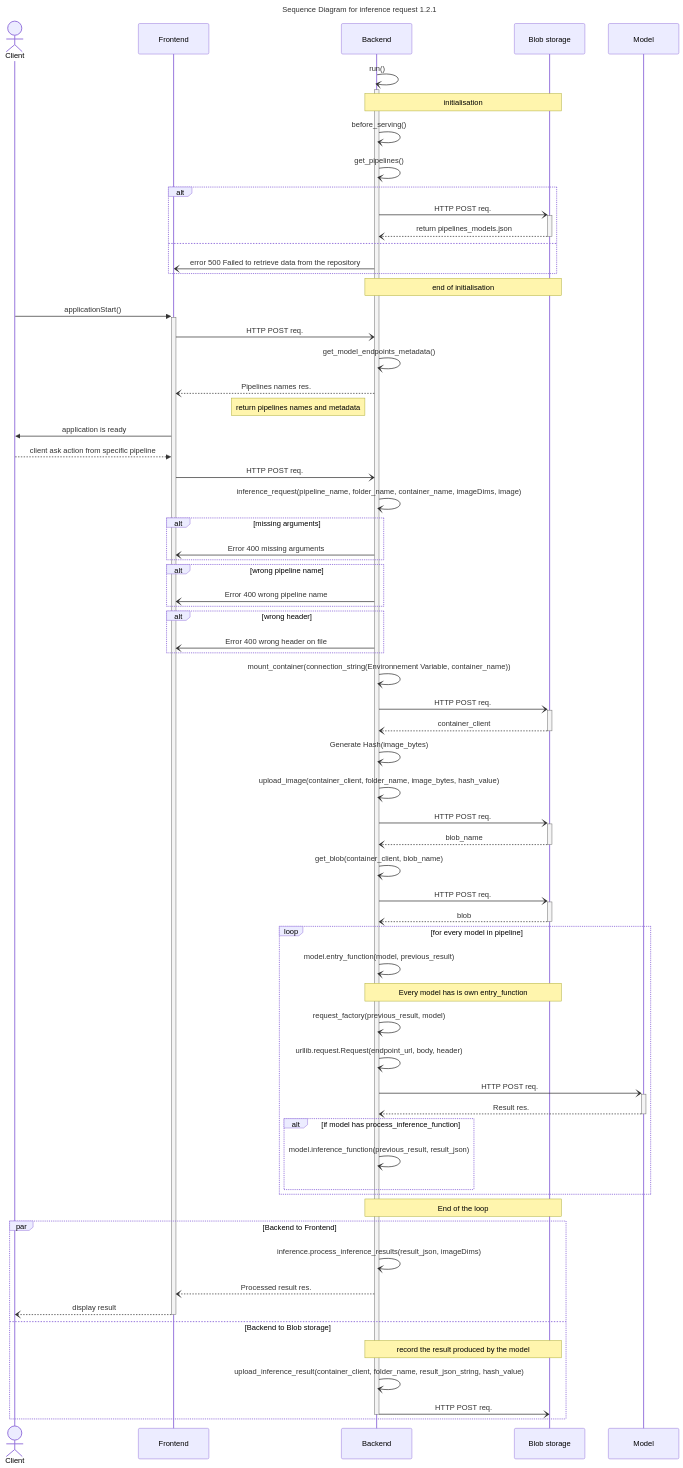
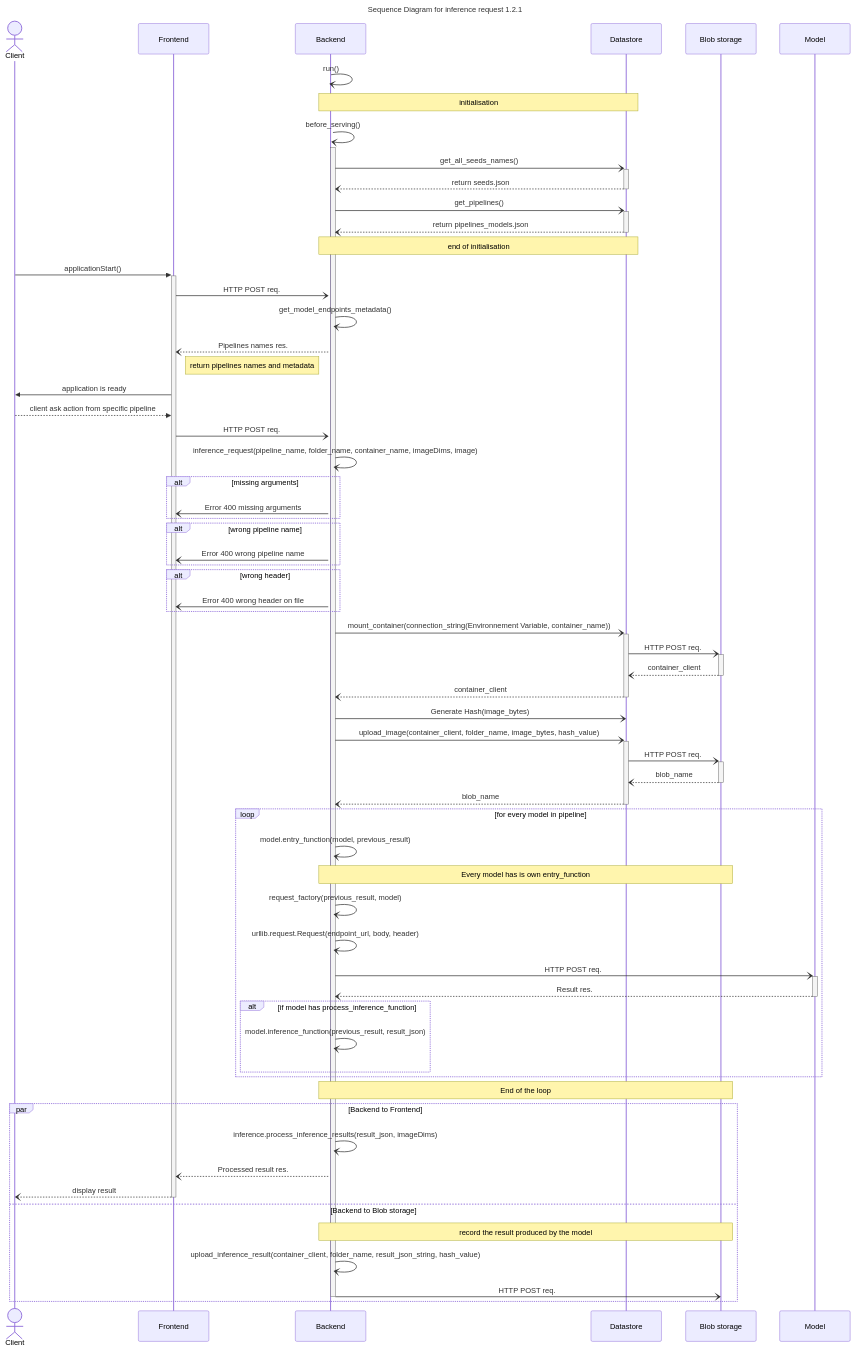
Before and after one commit to ai-cfia/nachet-backend: the second of 2 diagrams in docs/nachet-inference-documentation.md, drawn with Mermaid. The commit also changed 2 other files, not shown here.

Commit message:
Fixes #85 update doc

````diff
--- a/docs/nachet-inference-documentation.md
+++ b/docs/nachet-inference-documentation.md
@@ -62,77 +62,74 @@
 ```mermaid
 sequenceDiagram
   title: Sequence Diagram for inference request 1.2.1
     actor Client
     participant Frontend
     participant Backend
+    participant Datastore
     participant Blob storage
     participant Model
 
     Backend-)+Backend: run()
-    Note over Backend,Blob storage: initialisation
-    Backend-)Backend: before_serving()
-    Backend-)Backend: get_pipelines()
-    alt
-    Backend-)+Blob storage: HTTP POST req.
-    Blob storage--)-Backend: return pipelines_models.json
-    else
-    Backend-)Frontend: error 500 Failed to retrieve data from the repository
-    end
-    Note over Backend,Blob storage: end of initialisation
+    Note over Backend,Datastore: initialisation
+    Backend-)+Backend: before_serving()
+    Backend-)+Datastore: get_all_seeds_names()
+    Datastore--)-Backend: return seeds.json
+    Backend-)+Datastore: get_pipelines()
+    Datastore--)-Backend: return pipelines_models.json
+
+    Note over Backend,Datastore: end of initialisation
 
     Client->>+Frontend: applicationStart()
     Frontend-)Backend: HTTP POST req.
     Backend-)Backend: get_model_endpoints_metadata()
     Backend--)Frontend: Pipelines names res.
     Note left of Backend: return pipelines names and metadata
 
     Frontend->>Client: application is ready
     Client-->>Frontend: client ask action from specific pipeline
     Frontend-)Backend: HTTP POST req.
     Backend-)Backend: inference_request(pipeline_name, folder_name, container_name, imageDims, image)
     alt missing arguments
     Backend-)Frontend: Error 400 missing arguments
     end
     alt wrong pipeline name
     Backend-)Frontend: Error 400 wrong pipeline name
     end
     alt wrong header
     Backend-)Frontend: Error 400 wrong header on file
     end
 
-    Backend-)Backend: mount_container(connection_string(Environnement Variable, container_name))
-    Backend-)+Blob storage: HTTP POST req.
-    Blob storage--)-Backend: container_client
+    Backend-)+Datastore: mount_container(connection_string(Environnement Variable, container_name))
+    Datastore-)+Blob storage: HTTP POST req.
+    Blob storage--)-Datastore: container_client
+    Datastore--)-Backend: container_client
 
-    Backend-)Backend: Generate Hash(image_bytes)
+    Backend-)Datastore: Generate Hash(image_bytes)
 
-    Backend-)Backend: upload_image(container_client, folder_name, image_bytes, hash_value)
-    Backend-)+Blob storage: HTTP POST req.
-    Blob storage--)-Backend: blob_name
-
-    Backend-)Backend: get_blob(container_client, blob_name)
-    Backend-)+Blob storage: HTTP POST req.
-    Blob storage--)-Backend: blob
+    Backend-)+Datastore: upload_image(container_client, folder_name, image_bytes, hash_value)
+    Datastore-)+Blob storage: HTTP POST req.
+    Blob storage--)-Datastore: blob_name
+    Datastore--)-Backend: blob_name
 
     loop for every model in pipeline
         Backend-)Backend: model.entry_function(model, previous_result)
         note over Backend, Blob storage: Every model has is own entry_function
         Backend-)Backend: request_factory(previous_result, model)
         Backend-)Backend: urllib.request.Request(endpoint_url, body, header)
         Backend-)+Model: HTTP POST req.
         Model--)-Backend: Result res.
         alt if model has process_inference_function
             Backend-) Backend: model.inference_function(previous_result, result_json)
         end
     end
     note over Backend, Blob storage: End of the loop
     par Backend to Frontend
         Backend-)Backend: inference.process_inference_results(result_json, imageDims)
         Backend--)Frontend: Processed result res.
         Frontend--)-Client: display result
     and Backend to Blob storage
         note over Backend, Blob storage: record the result produced by the model
         Backend-)Backend: upload_inference_result(container_client, folder_name, result_json_string, hash_value)
         Backend-)-Blob storage: HTTP POST req.
     end
 ```
````
